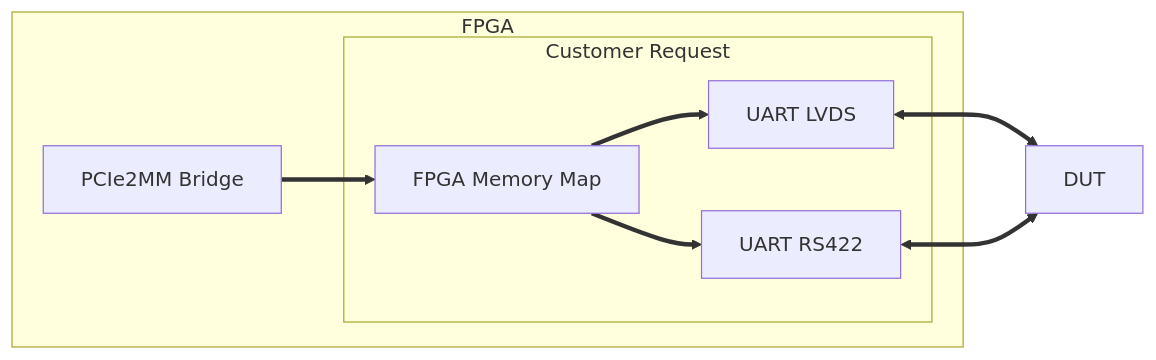
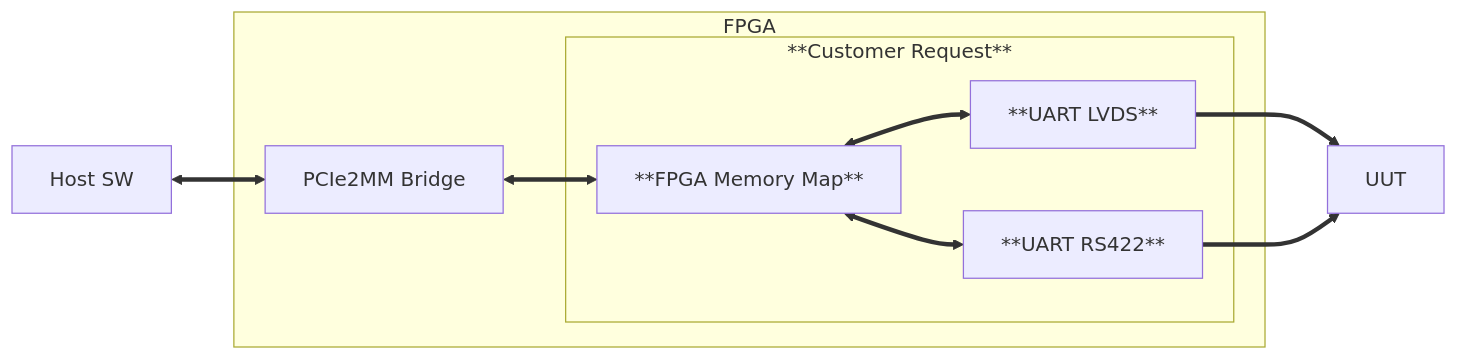
One commit to roajonny/common changed the diagram in docs/source/project/introduction.rst. Above: the diagram before and after it, drawn with Mermaid.

Commit message:
Updates intro diagram

```diff
--- a/docs/source/project/introduction.rst
+++ b/docs/source/project/introduction.rst
@@ -15,12 +15,13 @@
 .. mermaid::
 
    flowchart LR
+       host[Host SW] <==> a[PCIe2MM Bridge]
        subgraph FPGA
-           A[PCIe2MM Bridge] ==> B[FPGA Memory Map]
-           subgraph Customer Request
-               B[FPGA Memory Map] ==> C[UART LVDS]
-               B[FPGA Memory Map] ==> D[UART RS422]
+           a[PCIe2MM Bridge] <==> b[**FPGA Memory Map**]
+           subgraph **Customer Request**
+               b[**FPGA Memory Map**] <==> c[**UART LVDS**]
+               b[**FPGA Memory Map**] <==> d[**UART RS422**]
            end
        end
-       C[UART LVDS]  <==> E[DUT]
-       D[UART RS422] <==> E[DUT]
+       c[**UART LVDS**]  ==> e[UUT]
+       d[**UART RS422**] ==> e[UUT]
```
